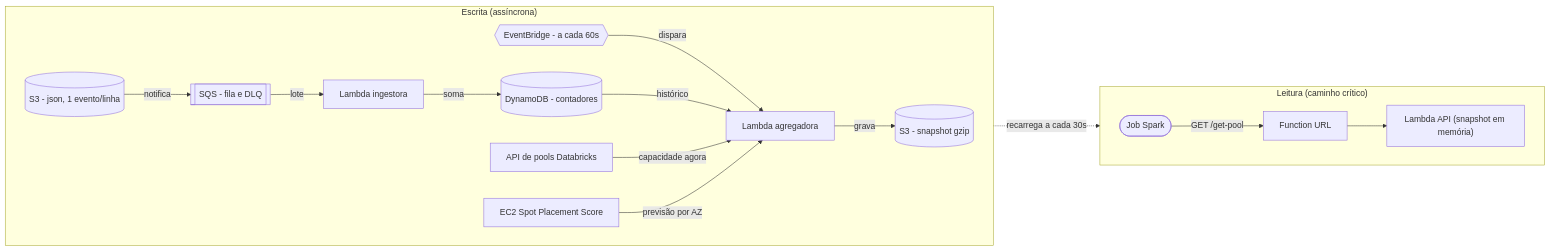
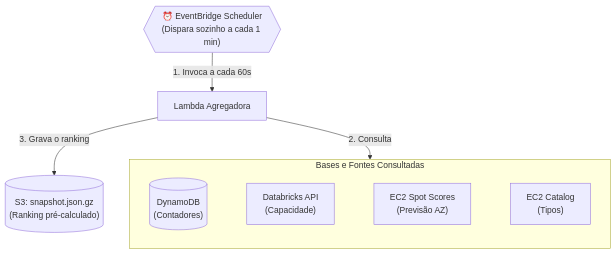
Before and after one commit to jessicapiresf/spark-pool-selection-service: the second of 3 diagrams in docs/arquitetura.md, drawn with Mermaid. The commit also changed other lines of this file, not shown here.

Commit message:
docs: reestrutura diagramas de arquitetura e adiciona contexto de economia de nuvem

````diff
--- a/docs/arquitetura.md
+++ b/docs/arquitetura.md
@@ -35,36 +58,14 @@
 ```mermaid
-flowchart LR
-  subgraph escrita["Escrita (assíncrona)"]
+flowchart TD
+  SCH{{"⏰ EventBridge Scheduler\n(Dispara sozinho a cada 1 min)"}}
+  
+  SCH -->|1. Invoca a cada 60s| AGG["Lambda Agregadora"]
+
+  subgraph bases["Bases e Fontes Consultadas"]
     direction LR
-    S3[("S3 - json, 1 evento/linha")]
-    SQS[["SQS - fila e DLQ"]]
-    ING["Lambda ingestora"]
-    CNT[("DynamoDB - contadores")]
-    EB{{"EventBridge - a cada 60s"}}
-    AGG["Lambda agregadora"]
-    SNAP[("S3 - snapshot gzip")]
-    DBX["API de pools Databricks"]
-    SPS["EC2 Spot Placement Score"]
-
-    S3 -->|notifica| SQS
-    SQS -->|lote| ING
-    ING -->|soma| CNT
-    EB -->|dispara| AGG
-    CNT -->|histórico| AGG
-    DBX -->|capacidade agora| AGG
-    SPS -->|previsão por AZ| AGG
-    AGG -->|grava| SNAP
+    CNT[("DynamoDB\n(Contadores)")] ~~~ DBX["Databricks API\n(Capacidade)"] ~~~ SPS["EC2 Spot Scores\n(Previsão AZ)"] ~~~ CATALOG["EC2 Catalog\n(Tipos)"]
   end
 
-  subgraph leitura["Leitura (caminho crítico)"]
-    direction LR
-    JOB(["Job Spark"])
-    FURL["Function URL"]
-    API["Lambda API (snapshot em memória)"]
-
-    JOB -->|GET /get-pool| FURL
-    FURL --> API
-  end
-
-  SNAP -.->|recarrega a cada 30s| API
+  AGG -->|2. Consulta| bases
+  AGG -->|3. Grava o ranking| SNAP[("S3: snapshot.json.gz\n(Ranking pré-calculado)")]
 ```
````
